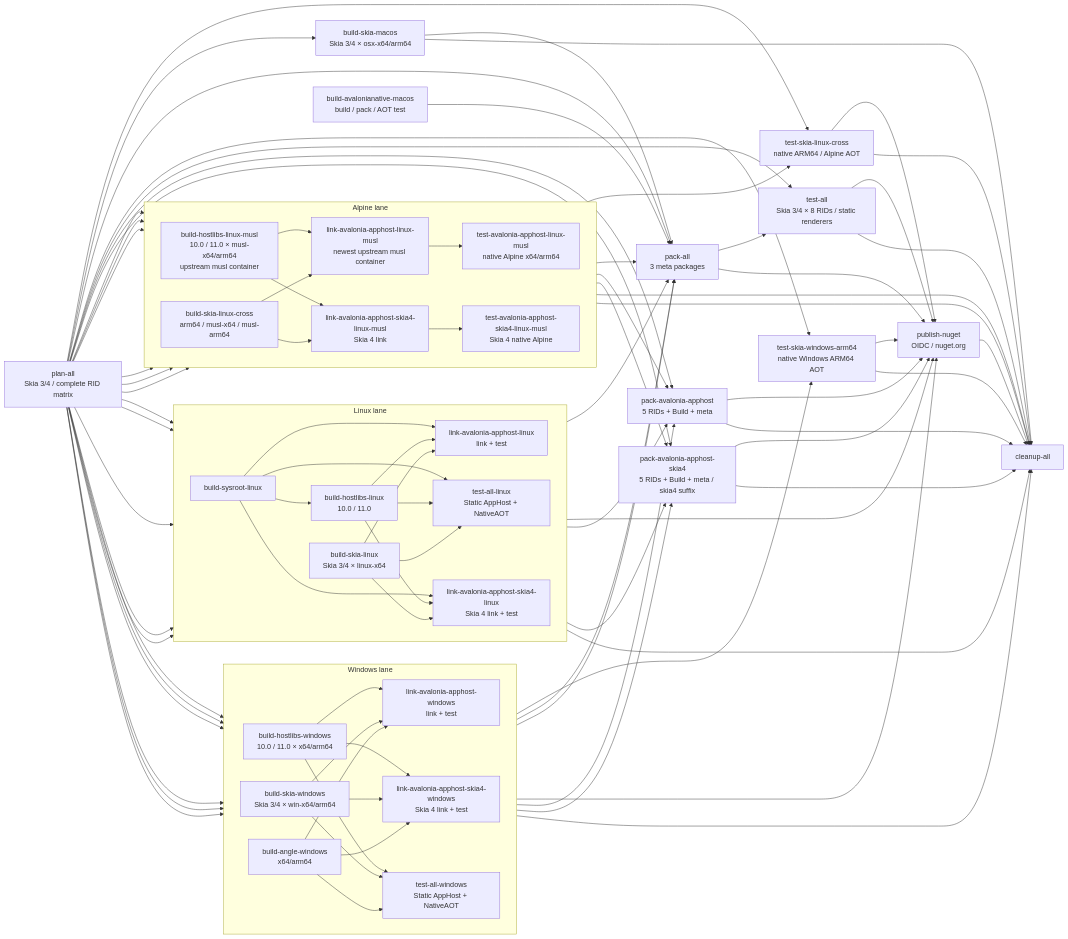
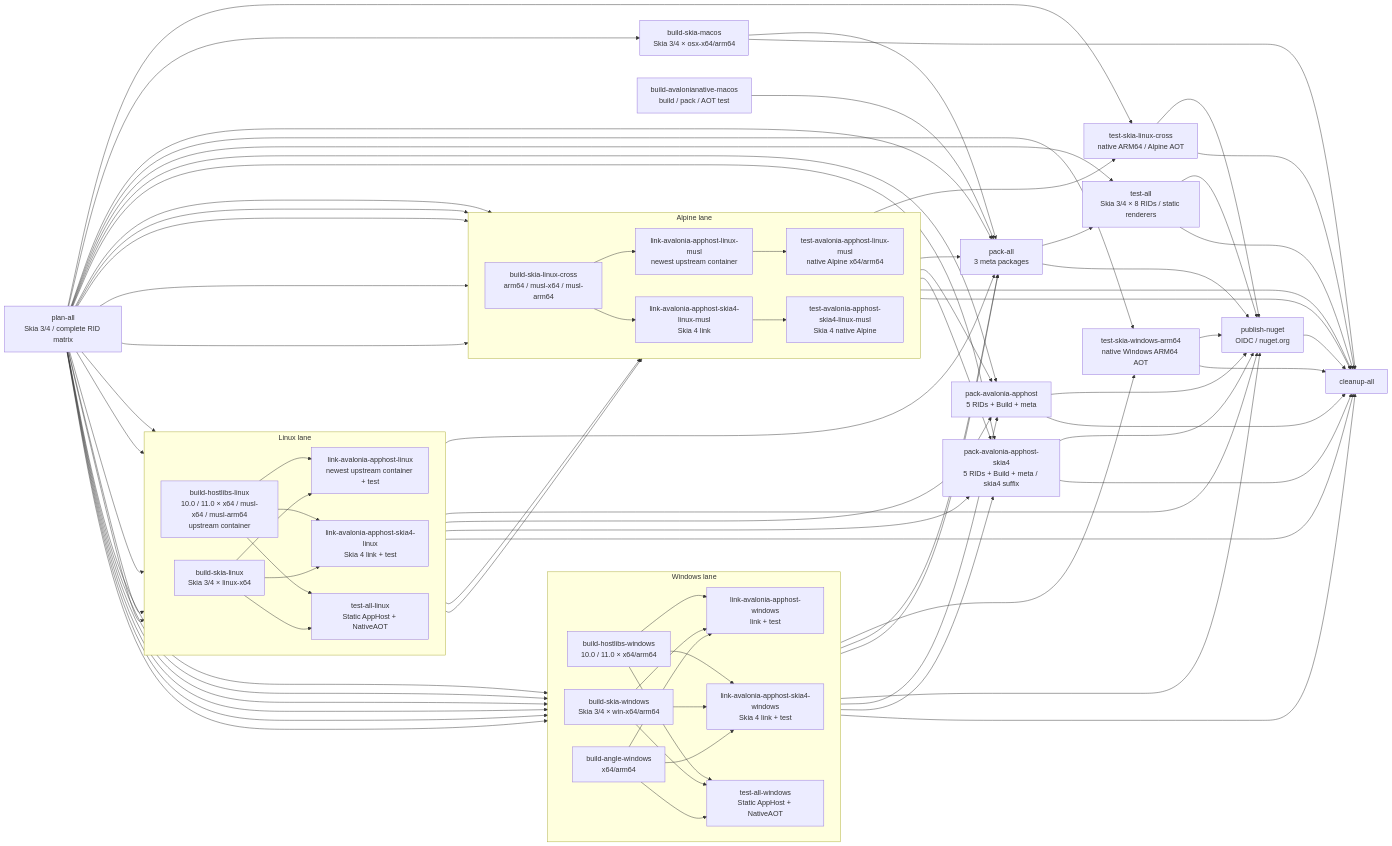
The diagram in DEVELOPMENT.md (chsbuffer/HostForge), drawn with Mermaid before and after one commit. The commit also changed other lines of this file and 20 other files, not shown here.

```diff
--- a/DEVELOPMENT.md
+++ b/DEVELOPMENT.md
@@ -317,7 +318,6 @@
     NP --> LM
     NP --> WH
     NP --> LH
-    NP --> MH
     NP --> MLA
     NP --> MLA4
     NP --> MTA
@@ -343,18 +343,13 @@
 
     subgraph L["Linux lane"]
         direction LR
-        LSY["build-sysroot-linux"]
-        LH["build-hostlibs-linux<br/>10.0 / 11.0"]
-        LLA["link-avalonia-apphost-linux<br/>link + test"]
+        LH["build-hostlibs-linux<br/>10.0 / 11.0 × x64 / musl-x64 / musl-arm64<br/>upstream container"]
+        LLA["link-avalonia-apphost-linux<br/>newest upstream container + test"]
         LLA4["link-avalonia-apphost-skia4-linux<br/>Skia 4 link + test"]
         LM["test-all-linux<br/>Static AppHost + NativeAOT"]
 
-        LSY --> LH
-        LSY --> LLA
-        LSY --> LM
         LH --> LLA
         NL --> LLA
-        LSY --> LLA4
         LH --> LLA4
         NL --> LLA4
         LH --> LM
@@ -363,15 +358,14 @@
 
     subgraph M["Alpine lane"]
         direction LR
-        MH["build-hostlibs-linux-musl<br/>10.0 / 11.0 × musl-x64/arm64<br/>upstream musl container"]
-        MLA["link-avalonia-apphost-linux-musl<br/>newest upstream musl container"]
+        MLA["link-avalonia-apphost-linux-musl<br/>newest upstream container"]
         MLA4["link-avalonia-apphost-skia4-linux-musl<br/>Skia 4 link"]
         MTA["test-avalonia-apphost-linux-musl<br/>native Alpine x64/arm64"]
         MTA4["test-avalonia-apphost-skia4-linux-musl<br/>Skia 4 native Alpine"]
 
-        MH --> MLA
+        LH --> MLA
         NLC --> MLA
-        MH --> MLA4
+        LH --> MLA4
         NLC --> MLA4
         MLA --> MTA
         MLA4 --> MTA4
```
